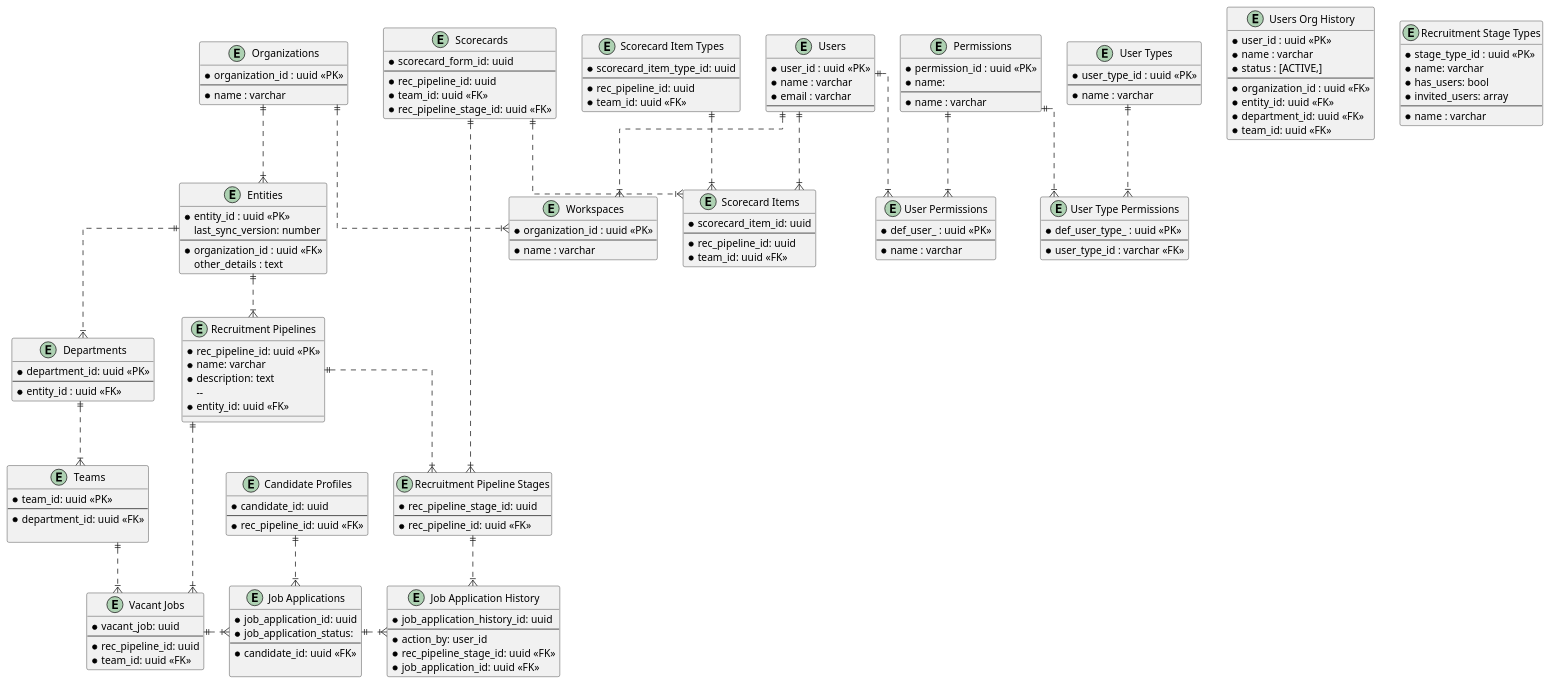
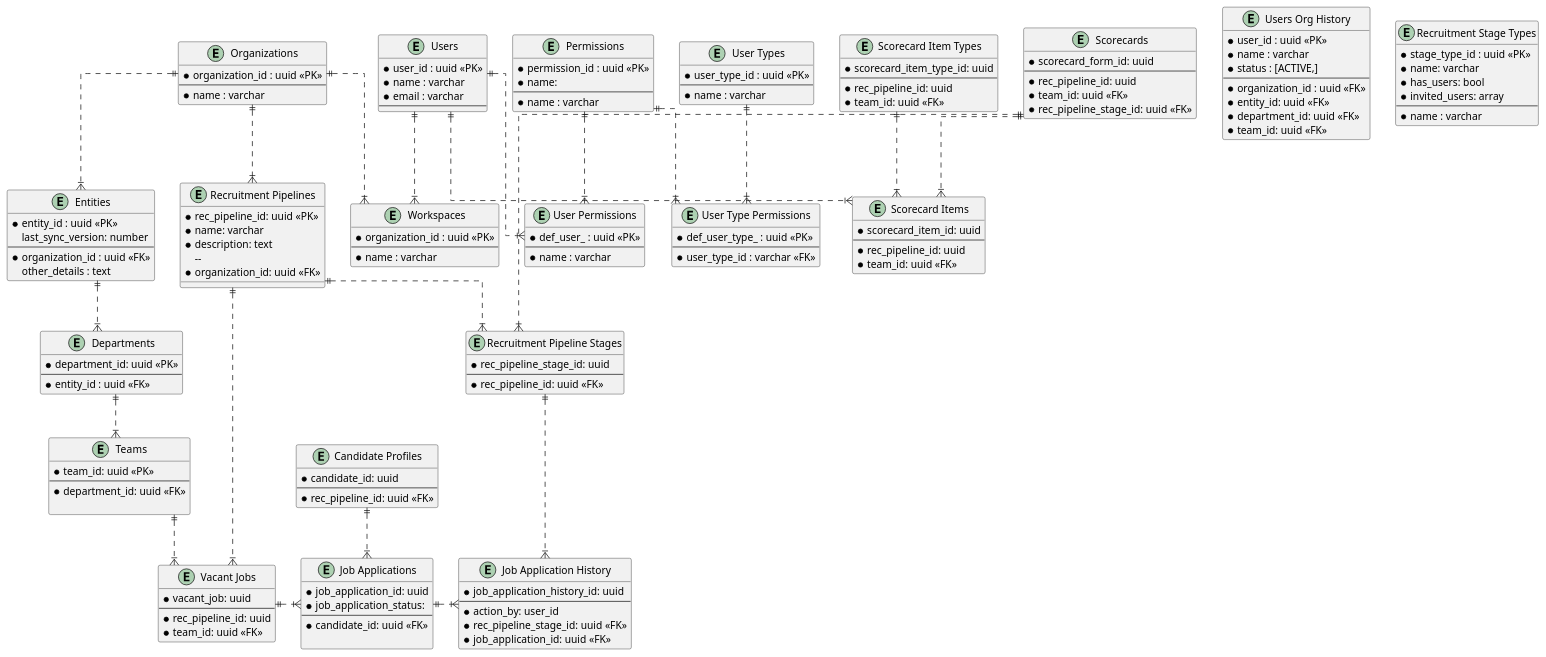
Before and after one commit to kal-coding/ats-athena: the diagram in docs/ERD.puml, drawn with PlantUML.

Commit message:
docs : rec pipelines owned by org

```diff
--- a/docs/ERD.puml
+++ b/docs/ERD.puml
@@ -1,198 +1,198 @@
 @startuml
 
 ' hide the spot
 ' hide circle
 ' avoid problems with angled crows feet
 skinparam linetype ortho
 
 entity "Users" as _users {
   *user_id : uuid <<PK>>
   *name : varchar
   *email : varchar
   --
 }
 
 entity "Users Org History" as _user_org_history {
   *user_id : uuid <<PK>>
   *name : varchar
   *status : [ACTIVE,]
   --
   *organization_id : uuid <<FK>>
   *entity_id: uuid <<FK>>
   *department_id: uuid <<FK>>
   *team_id: uuid <<FK>>
 }
 
 entity "User Types" as _user_types {
   *user_type_id : uuid <<PK>>
   --
   *name : varchar
 }
 
 entity "User Type Permissions" as _user_type_permissions {
   *def_user_type_ : uuid <<PK>>
   --
   *user_type_id : varchar <<FK>>
 }
 
 entity "User Permissions" as _user_permissions {
   *def_user_ : uuid <<PK>>
   --
   *name : varchar
 }
 
 entity "Permissions" as _permissions {
   *permission_id : uuid <<PK>>
   *name:
   --
   *name : varchar
 }
 
 entity "Organizations" as _organizations {
   *organization_id : uuid <<PK>>
   --
   *name : varchar
 }
 
 entity "Workspaces" as workspaces {
   *organization_id : uuid <<PK>>
   --
   *name : varchar
 }
 
 entity "Entities" as _entities {
   *entity_id : uuid <<PK>>
   last_sync_version: number
   --
   *organization_id : uuid <<FK>>
   other_details : text
 }
 
 entity "Departments" as _departments {
   *department_id: uuid <<PK>>
   --
   *entity_id : uuid <<FK>>
 }
 
 entity "Teams" as _teams {
     *team_id: uuid <<PK>>
   --
   *department_id: uuid <<FK>>
 
 }
 
 entity "Recruitment Pipelines" as _rec_pipelines {
   *rec_pipeline_id: uuid <<PK>>
   *name: varchar
   *description: text
     --
-  *entity_id: uuid <<FK>>
+  *organization_id: uuid <<FK>>
 }
 
 entity "Recruitment Pipeline Stages" as _rec_pipeline_stages {
   *rec_pipeline_stage_id: uuid
   --
   *rec_pipeline_id: uuid <<FK>>
 }
 
 entity "Recruitment Stage Types" as _stage_types {
   *stage_type_id : uuid <<PK>>
   *name: varchar
   *has_users: bool
   *invited_users: array
   --
   *name : varchar
 }
 
 entity "Vacant Jobs" as _vacant_jobs {
   *vacant_job: uuid
   --
   *rec_pipeline_id: uuid
   *team_id: uuid <<FK>>
 }
 
 entity "Job Applications" as _job_applications{
   *job_application_id: uuid
   *job_application_status: 
 --
   *candidate_id: uuid <<FK>>
 
 }
 
 entity "Job Application History" as _job_application_history{
   *job_application_history_id: uuid
 --
   *action_by: user_id
   *rec_pipeline_stage_id: uuid <<FK>>
   *job_application_id: uuid <<FK>>
 }
 
 entity "Candidate Profiles" as _candidate_profiles {
     *candidate_id: uuid
   --
     *rec_pipeline_id: uuid <<FK>>
 }
 
 entity "Scorecards" as _scorecards {
   *scorecard_form_id: uuid
   --
   *rec_pipeline_id: uuid
   *team_id: uuid <<FK>>
   *rec_pipeline_stage_id: uuid <<FK>>
 }
 
 entity "Scorecard Items" as _scorecard_items {
   *scorecard_item_id: uuid
   --
   *rec_pipeline_id: uuid
   *team_id: uuid <<FK>>
 }
 
 entity "Scorecard Item Types" as _scorecard_item_types {
   *scorecard_item_type_id: uuid
   --
   *rec_pipeline_id: uuid
   *team_id: uuid <<FK>>
 }
 
 
 _organizations ||..|{ _entities
 
-_entities ||..|{ _rec_pipelines
+_organizations ||..|{ _rec_pipelines
 _entities ||..|{ _departments
 
 _departments ||..|{ _teams
 
 _teams ||..|{ _vacant_jobs
 
 _rec_pipelines ||..|{ _vacant_jobs
 _rec_pipelines ||..|{ _rec_pipeline_stages
 
 _vacant_jobs ||.|{ _job_applications
 
 _job_applications ||.|{ _job_application_history
 _rec_pipeline_stages ||.|{ _job_application_history
 
 
 _candidate_profiles ||..|{ _job_applications
 
 ' User Permissions
 _users ||..|{ _user_permissions
 _permissions ||..|{ _user_permissions
 
 _user_types ||..|{_user_type_permissions
 _permissions ||..|{ _user_type_permissions
 
 _users ||..|{ workspaces
 _organizations ||..|{ workspaces
 
 ' Scorecards 
 
 _scorecards ||..|{ _scorecard_items
 _scorecard_item_types ||..|{ _scorecard_items
 _users ||..|{ _scorecard_items
 
 _scorecards ||..|{ _rec_pipeline_stages
 
 
 @enduml
```
